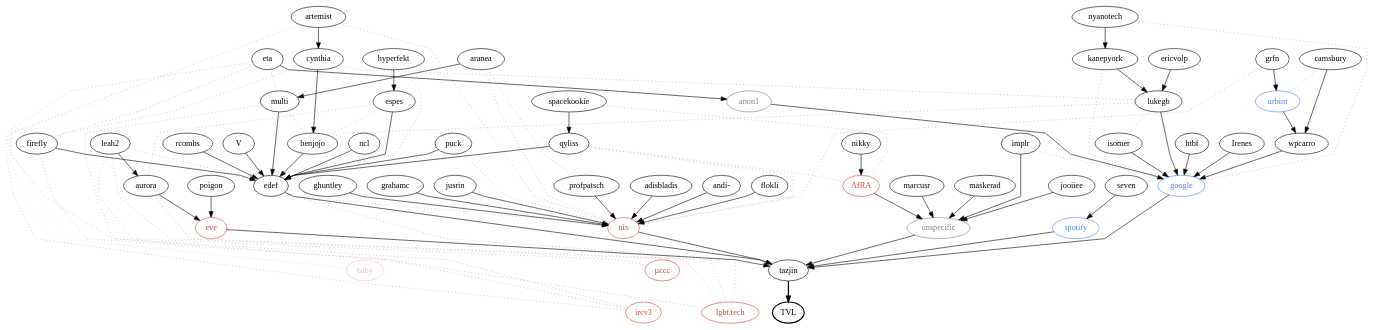
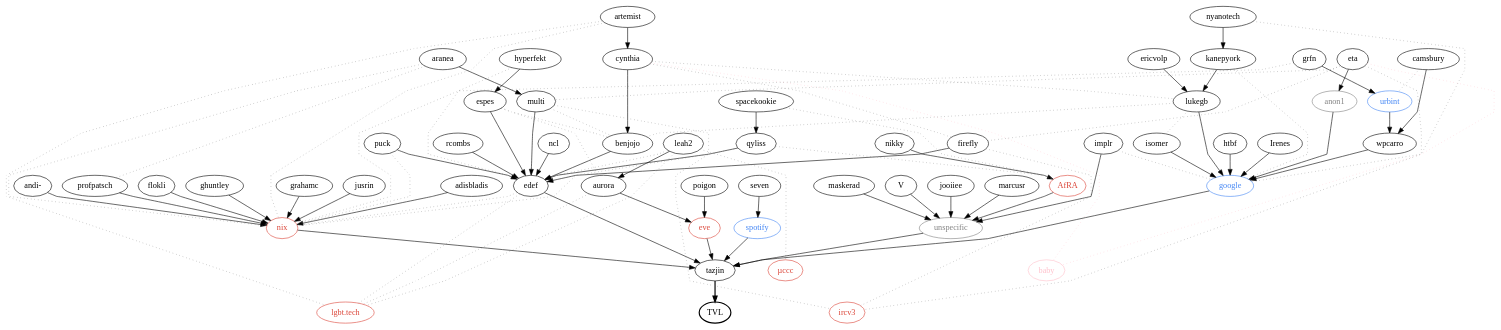
The diagram in web/tvl/tvl.dot (thkoch2001/tvlfyi_depot), drawn with Graphviz before and after one commit.

Commit message:
fix(web/tvl): Fix TVL graph

```diff
--- a/web/tvl/tvl.dot
+++ b/web/tvl/tvl.dot
@@ -1,200 +1,200 @@
 digraph tvl {
   node [fontname = "JetBrains Mono"];
   overlap = false;
   splines = polyline;
 
   TVL [style="bold" href="http://tvl.fyi"];
   tazjin -> TVL [style="bold"];
 
   // people
   subgraph {
     adisbladis [href="http://nixos.expert/"];
     andi [label="andi-" href="https://andreas.rammhold.de/"];
     anon1 [color="grey" fontcolor="grey"];
     aranea;
     artemist [href="https://artem.ist/"];
     aurora [href="https://nonegenderleftfox.aventine.se/"];
     benjojo [href="https://benjojo.co.uk/"];
     camsbury [href="https://camsbury.com/"];
     cynthia [href="https://cynthia.re/"];
     edef [href="https://edef.eu/files/edef.hs"];
     ericvolp [href="https://ericv.me"];
     espes;
     eta [href="https://theta.eu.org/"];
     firefly [href="http://firefly.nu/"];
     flokli [href="https://flokli.de/"];
     ghuntley [href="https://ghuntley.com/"];
     grfn [href="http://gws.fyi"];
     grahamc [href="https://grahamc.com/"];
     htbf [href="https://htbf.dev/"];
     hyperfekt [href="https://hyperfekt.net"];
     implr;
     Irenes [href="https://www.pluralpride.com/"];
     isomer [href="https://www.lorier.net/"];
     jooiiee [href="https://jooiiee.se/"];
     jusrin [href="https://jusrin.dev/"];
     kanepyork [href="https://social.wxcafe.net/@riking"];
     leah2 [href="https://leahneukirchen.org/"];
     lukegb [href="https://lukegb.com/"];
     marcusr [href="http://marcus.nordaaker.com/"];
     maskerad [href="https://femalelegends.com/"];
     multi [href="https://1.0.168.192.in-addr.xyz/"];
     ncl;
     nikky [href="http://nikky.moe/"];
     nyanotech [href="https://twitter.com/nyanotech"];
     poigon;
     profpatsch [href="http://profpatsch.de/"];
     puck [href="https://puckipedia.com/"];
     qyliss [href="https://alyssa.is"];
     rcombs [href="http://rcombs.me/"];
     seven [href="https://open.spotify.com/user/so7"];
     spacekookie [href="https://spacekookie.de/"];
     tazjin [href="https://tazj.in/"];
     V [href="https://anomalous.eu/"];
     wpcarro [href="https://wpcarro.dev/"];
   }
 
   // companies (blue)
   subgraph {
     node [color="#4285f4" fontcolor="#4285f4"];
     spotify [href="https://www.spotify.com/"];
     google [href="https://www.google.com/"];
     urbint [href="https://www.urbint.com/"];
   }
 
   // communities? (red)
   subgraph {
     node [color="#db4437" fontcolor="#db4437"];
     eve [href="https://www.eveonline.com/"];
     nix [href="https://nixos.org/nix/"];
     ircv3 [href="https://ircv3.net/"];
     lgbtslack [label="lgbt.tech" href="https://lgbtq.technology/"];
     muccc [label="µccc" href="https://muc.ccc.de/"];
     afra [label="AfRA" href="https://afra-berlin.de/"];
   }
 
   // special
   subgraph {
     baby [color="pink" fontcolor="pink" href="https://cynthia.re/s/baby"];
     unspecific [color="grey" fontcolor="grey"];
   }
 
   // primary edges (how did they end up in TVL?)
   subgraph {
     // Direct edges
     nix -> tazjin;
     spotify -> tazjin;
     google -> tazjin;
     eve -> tazjin;
     unspecific -> tazjin;
     edef -> tazjin;
 
     // via nix
     adisbladis -> nix;
     jusrin -> nix;
     ghuntley -> nix;
     flokli -> nix;
     andi -> nix;
     grahamc -> nix;
     profpatsch -> nix;
 
     // via edef
     benjojo -> edef;
     espes -> edef;
     firefly -> edef;
     leah2 -> aurora;
     multi -> edef;
     ncl -> edef;
     puck -> edef;
     qyliss -> edef;
     rcombs -> edef;
-    V -> edef;
 
     // via spotify
     seven -> spotify;
 
     // via google
     htbf -> google;
     Irenes -> google;
     isomer -> google;
     lukegb -> google;
     wpcarro -> google;
 
     // via urbint
     grfn -> urbint;
 
     // random primary
     urbint -> wpcarro;
     camsbury -> wpcarro;
     anon1 -> google;
     aranea -> multi;
     artemist -> cynthia;
     aurora -> eve;
     cynthia -> benjojo;
     eta -> anon1;
     ericvolp -> lukegb;
     jooiiee -> unspecific;
     kanepyork -> lukegb;
     marcusr -> unspecific;
     maskerad -> unspecific;
     nyanotech -> kanepyork;
     poigon -> eve;
     implr -> unspecific;
     hyperfekt -> espes;
     afra -> unspecific;
     nikky -> afra;
     spacekookie -> qyliss;
+    V -> unspecific;
   }
 
   // secondary edges (how are they connected otherwise?)
   subgraph {
     edge [weight=0 style="dotted" color="grey" arrowhead="none"];
 
     // lgbt slack
     aurora -> lgbtslack;
     leah2 -> lgbtslack;
     edef -> lgbtslack;
     artemist -> lgbtslack;
 
     // ircv3
     multi -> ircv3;
     eta -> ircv3;
     firefly -> ircv3;
 
     // µccc
     leah2 -> muccc;
 
     // random
     leah2 -> edef;
     lukegb -> isomer;
     eta -> multi;
     eta -> firefly;
     cynthia -> firefly;
     cynthia -> lukegb;
     implr -> google;
     kanepyork -> google;
     nyanotech -> google;
     lukegb -> benjojo;
     multi -> benjojo;
     espes -> benjojo;
     espes -> aurora;
     puck -> nix;
     qyliss -> nix;
     grfn -> nix;
     edef -> nix;
     aranea -> nix;
     aranea -> profpatsch;
     artemist -> nix;
     hyperfekt -> edef;
     camsbury -> urbint;
     spacekookie -> afra;
     qyliss -> afra;
   }
 
   // baby
   subgraph {
     edge [weight=0 style="dotted" color="pink" arrowhead="none"];
     cynthia -> baby;
     eta -> baby;
   }
 }
```
